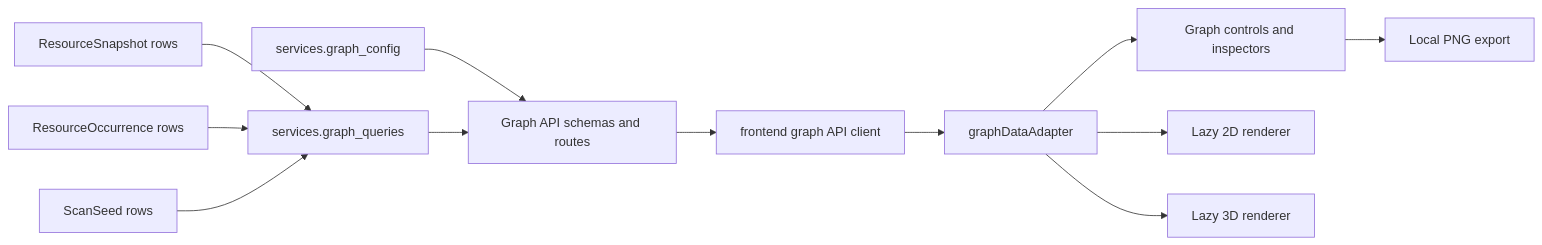
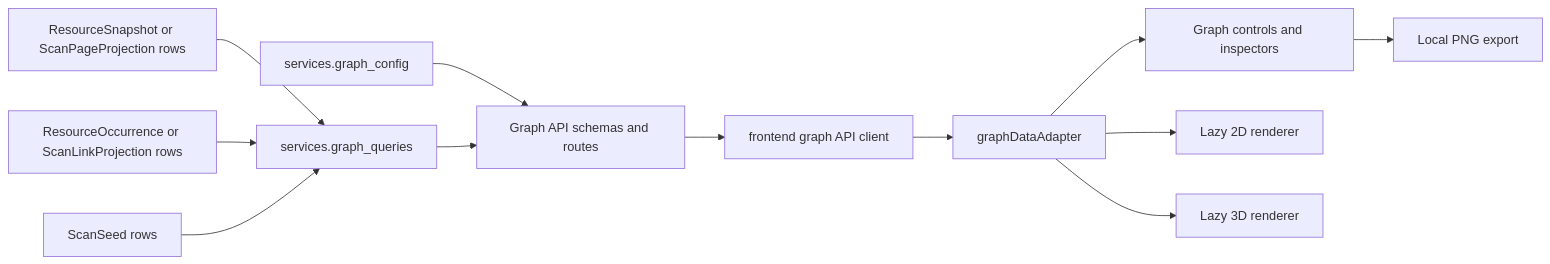
One commit to Artsen/site-ledger changed the diagram in docs/website-graph.md. Above: the diagram before and after it, drawn with Mermaid. The commit also changed other lines of this file and 8 other files, not shown here.

````diff
--- a/docs/website-graph.md
+++ b/docs/website-graph.md
@@ -8,14 +8,14 @@
 ```mermaid
 flowchart LR
-  Snapshots[ResourceSnapshot rows] --> Queries[services.graph_queries]
-  Occurrences[ResourceOccurrence rows] --> Queries
+  Snapshots[ResourceSnapshot or ScanPageProjection rows] --> Queries[services.graph_queries]
+  Occurrences[ResourceOccurrence or ScanLinkProjection rows] --> Queries
   Seeds[ScanSeed rows] --> Queries
   Config[services.graph_config] --> API[Graph capabilities API]
   Queries --> API[Graph API schemas and routes]
   API --> Client[frontend graph API client]
   Client --> Adapter[graphDataAdapter]
   Adapter --> Controls[Graph controls and inspectors]
   Adapter --> R2D[Lazy 2D renderer]
   Adapter --> R3D[Lazy 3D renderer]
   Controls --> Export[Local PNG export]
 ```
````
